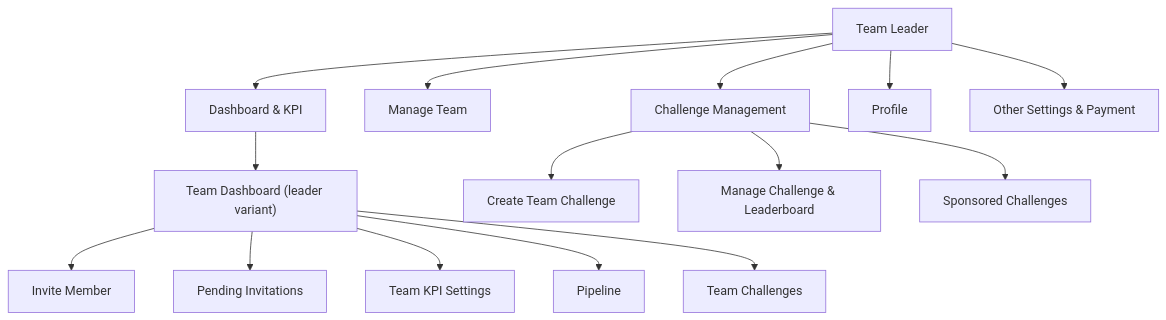
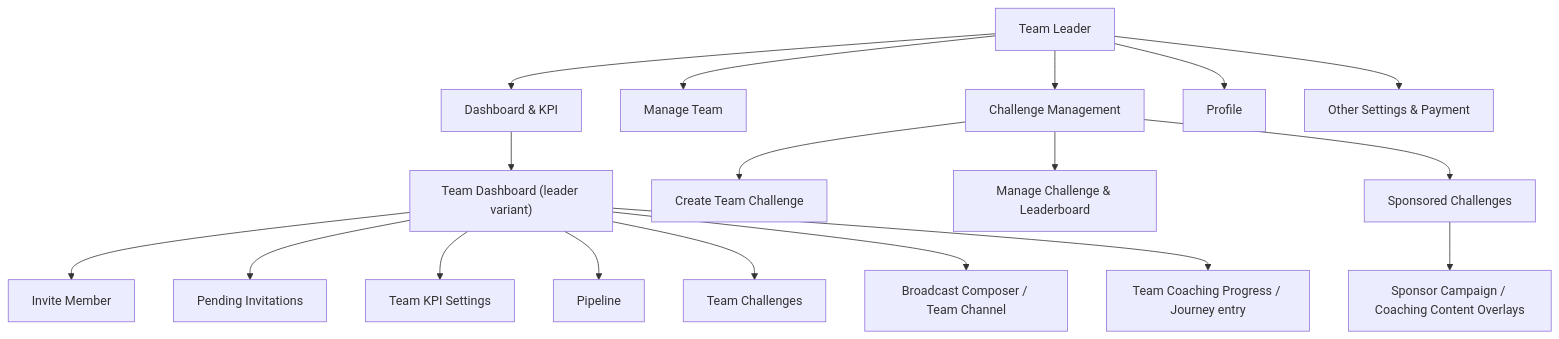
The fifth of 8 diagrams in docs/spec/appendix/INTENDED_WIRING_DIAGRAM.md (jonhazeltine/compass-kpi), drawn with Mermaid before and after one commit. The commit also changed other lines of this file and 2 other files, not shown here.

Commit message:
Add coaching capability matrix and wiring addendum

````diff
--- a/docs/spec/appendix/INTENDED_WIRING_DIAGRAM.md
+++ b/docs/spec/appendix/INTENDED_WIRING_DIAGRAM.md
@@ -110,19 +147,22 @@
 ```mermaid
 flowchart TD
   L["Team Leader"] --> LD["Dashboard & KPI"]
   L --> LT["Manage Team"]
   L --> LC["Challenge Management"]
   L --> LP["Profile"]
   L --> LS["Other Settings & Payment"]
 
   LD --> LDT["Team Dashboard (leader variant)"]
   LDT --> LTI["Invite Member"]
   LDT --> LTP["Pending Invitations"]
   LDT --> LTK["Team KPI Settings"]
   LDT --> LTPipe["Pipeline"]
   LDT --> LTC["Team Challenges"]
+  LDT --> LB["Broadcast Composer / Team Channel"]
+  LDT --> LJP["Team Coaching Progress / Journey entry"]
 
   LC --> LCC["Create Team Challenge"]
   LC --> LCM["Manage Challenge & Leaderboard"]
   LC --> LCS["Sponsored Challenges"]
+  LCS --> LSC["Sponsor Campaign / Coaching Content Overlays"]
 ```
````
